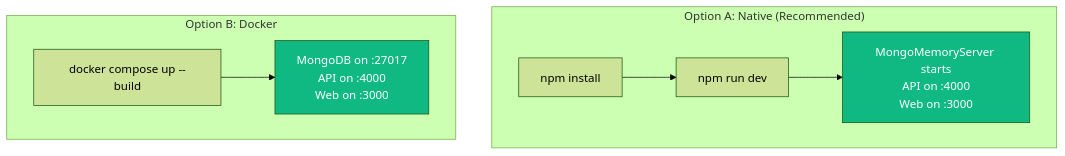
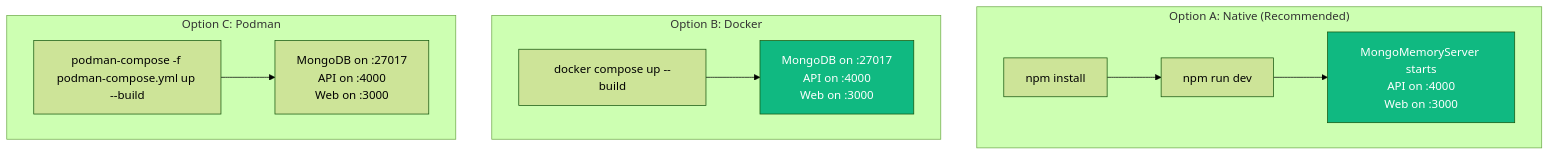
One commit to Anto1712/WealthWise-Finance-Tracker changed diagram 25 of 33 in DEVOPS.md. Above: the diagram before and after it, drawn with Mermaid (forest theme). The commit also changed other lines of this file and 35 other files, not shown here.

````diff
--- a/DEVOPS.md
+++ b/DEVOPS.md
@@ -1197,14 +1212,18 @@
 ```mermaid
 graph TD
     subgraph "Option A: Native (Recommended)"
         A1["npm install"] --> A2["npm run dev"]
         A2 --> A3["MongoMemoryServer starts<br/>API on :4000<br/>Web on :3000"]
     end
 
     subgraph "Option B: Docker"
         B1["docker compose up --build"] --> B2["MongoDB on :27017<br/>API on :4000<br/>Web on :3000"]
     end
 
+    subgraph "Option C: Podman"
+        C1["podman-compose -f podman-compose.yml up --build"] --> C2["MongoDB on :27017<br/>API on :4000<br/>Web on :3000"]
+    end
+
     style A3 fill:#10b981,color:#fff
     style B2 fill:#10b981,color:#fff
 ```
````
